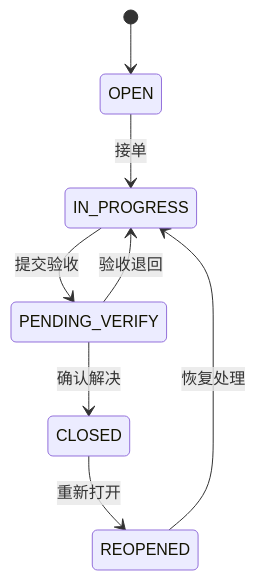
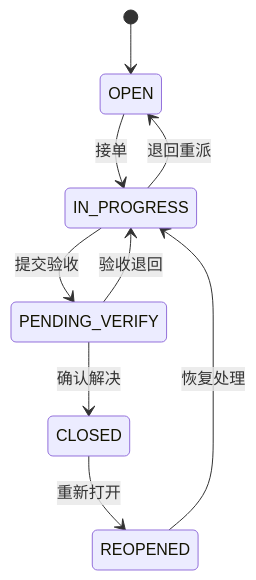
One commit to lkuliuying/ticketflow-ai changed the second of 2 diagrams in backend-drf/docs/plans/ticketflow-phase-1.md. Above: the diagram before and after it, drawn with Mermaid. The commit also changed other lines of this file and 3 other files, not shown here.

````diff
--- a/backend-drf/docs/plans/ticketflow-phase-1.md
+++ b/backend-drf/docs/plans/ticketflow-phase-1.md
@@ -56,10 +57,11 @@
 ```mermaid
 stateDiagram-v2
     [*] --> OPEN
     OPEN --> IN_PROGRESS: 接单
+    IN_PROGRESS --> OPEN: 退回重派
     IN_PROGRESS --> PENDING_VERIFY: 提交验收
     PENDING_VERIFY --> CLOSED: 确认解决
     PENDING_VERIFY --> IN_PROGRESS: 验收退回
     CLOSED --> REOPENED: 重新打开
     REOPENED --> IN_PROGRESS: 恢复处理
 ```
````
